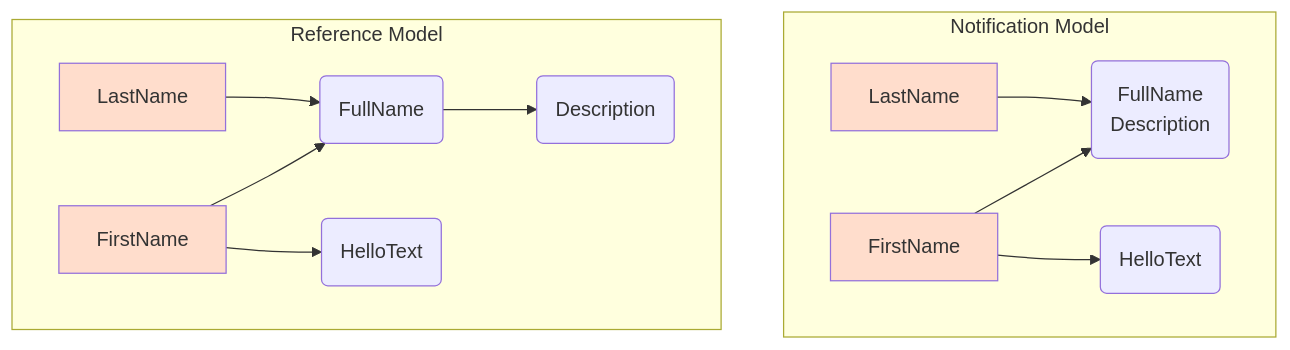
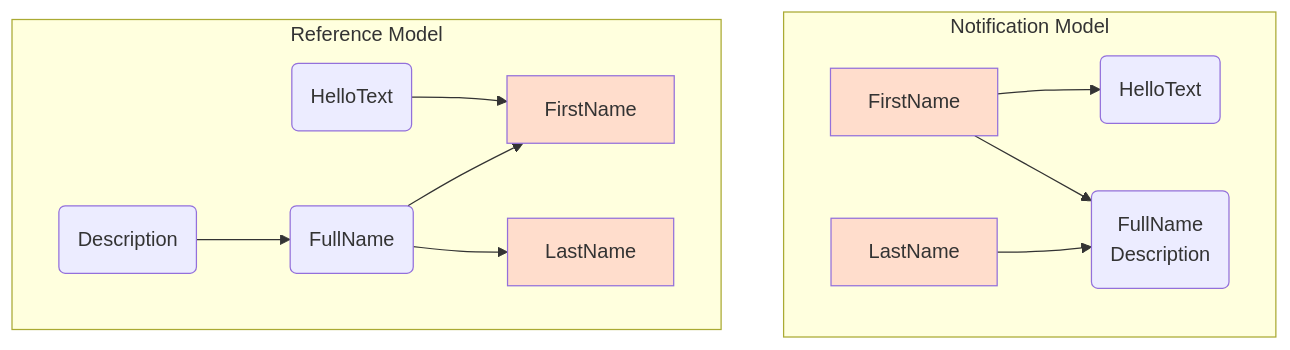
One commit to zmjack/NStandard changed the diagram in docfx/en/code/observable-feature.md. Above: the diagram before and after it, drawn with Mermaid. The commit also changed other lines of this file and 10 other files, not shown here.

````diff
--- a/docfx/en/code/observable-feature.md
+++ b/docfx/en/code/observable-feature.md
@@ -9,24 +13,24 @@
 ```mermaid
 graph TB
 classDef leaf fill:#fdc
 subgraph Notification Model
 n_FirstName[FirstName]:::leaf
 n_LastName[LastName]:::leaf
 n_HelloText(HelloText)
 n_Group(FullName<br/>Description)
+n_FirstName --> n_HelloText
 n_FirstName --> n_Group
 n_LastName --> n_Group
-n_FirstName --> n_HelloText
 end
 subgraph Reference Model
 r_FirstName[FirstName]:::leaf
 r_LastName[LastName]:::leaf
 r_FullName(FullName)
 r_HelloText(HelloText)
 r_Description(Description)
-r_FirstName --> r_FullName
-r_FirstName --> r_HelloText
-r_LastName --> r_FullName
-r_FullName --> r_Description
+r_FullName --> r_FirstName
+r_HelloText --> r_FirstName
+r_FullName --> r_LastName
+r_Description --> r_FullName
 end
 ```
````
